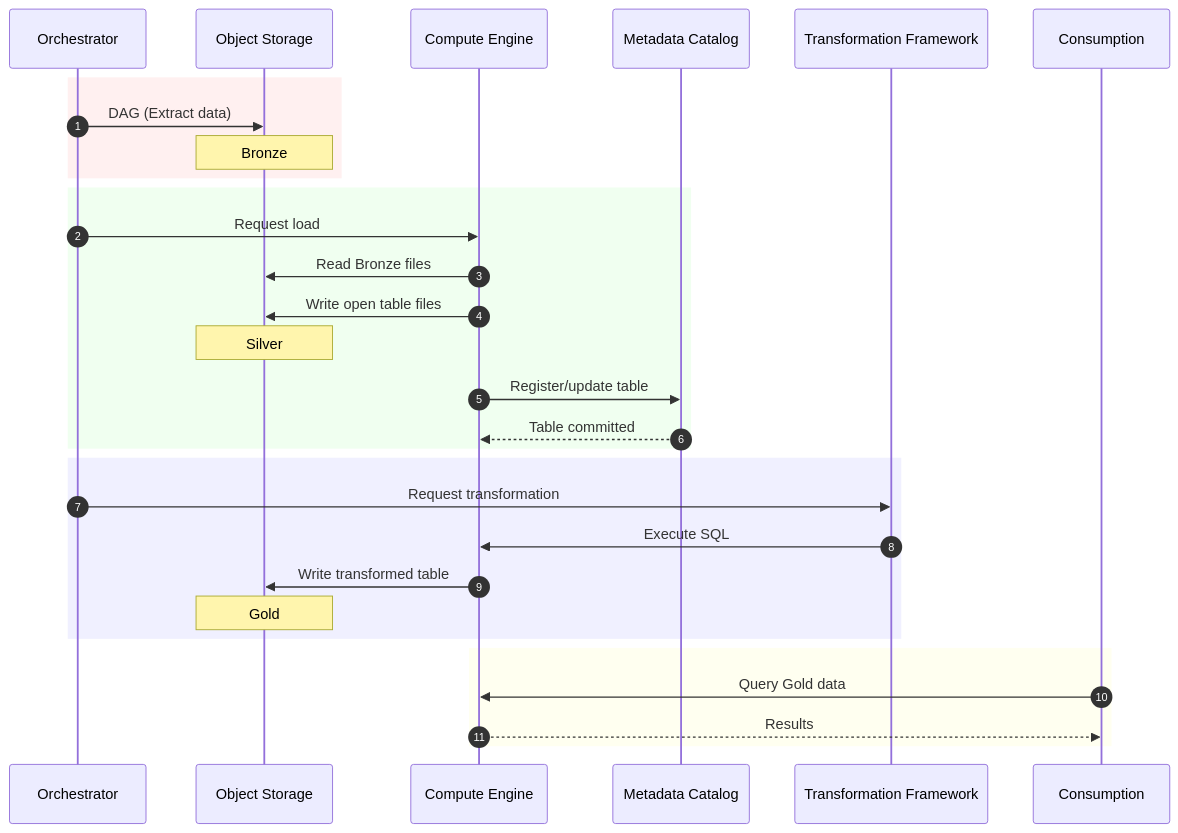
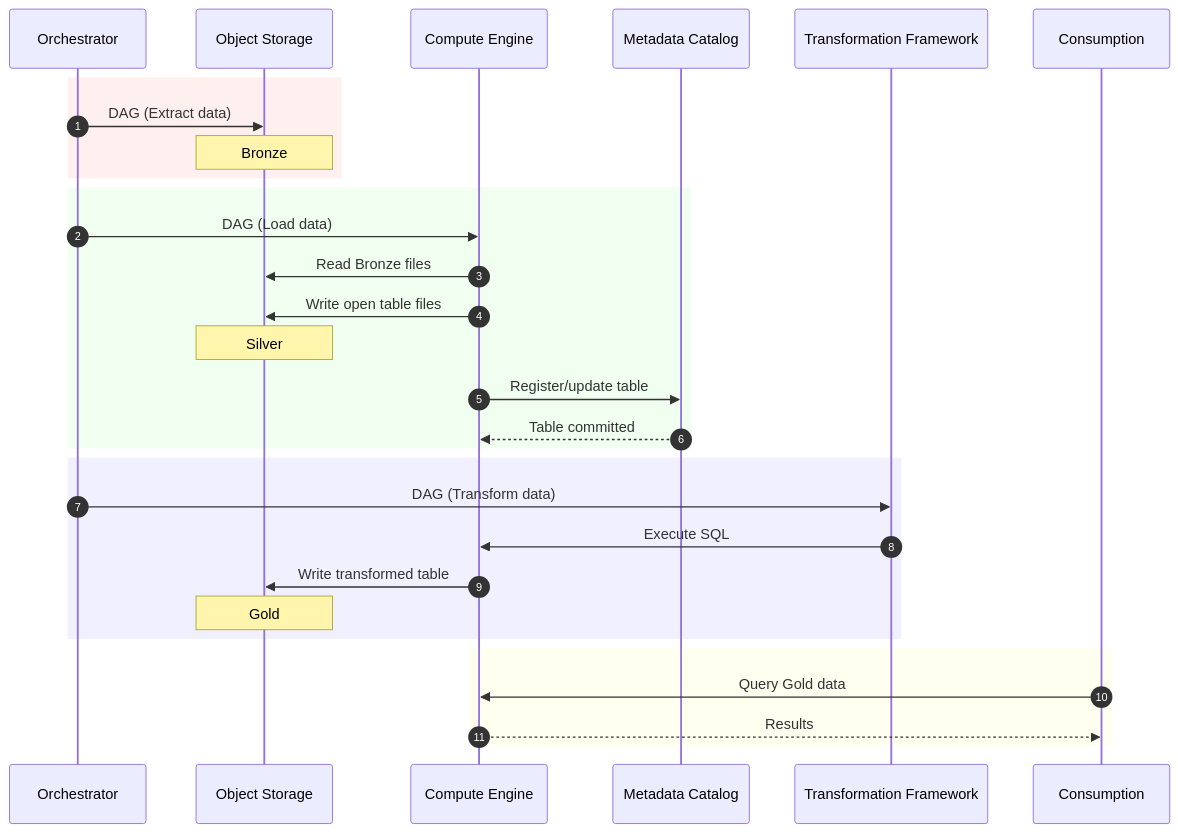
Before and after one commit to Rez99/data-engineering-portfolio: the second of 2 diagrams in project-1-lakehouse/README.md, drawn with Mermaid.

Commit message:
Update sequence diagram in README to clarify data loading and transformation steps

````diff
--- a/project-1-lakehouse/README.md
+++ b/project-1-lakehouse/README.md
@@ -40,41 +40,41 @@
 ```mermaid
 sequenceDiagram
     autonumber
 
     participant Orchestrator
     participant ObjectStorage as Object Storage
     participant ComputeEngine as Compute Engine
     participant Catalog as Metadata Catalog
     participant Transform as Transformation Framework
     participant Consumption
 
     rect rgb(255, 240, 240)
         Orchestrator->>ObjectStorage: DAG (Extract data)
         Note over ObjectStorage: Bronze
     end
 
     rect rgb(240, 255, 240)
-        Orchestrator->>ComputeEngine: Request load
+        Orchestrator->>ComputeEngine: DAG (Load data)
         ComputeEngine->>ObjectStorage: Read Bronze files
         ComputeEngine->>ObjectStorage: Write open table files
         Note over ObjectStorage: Silver
         ComputeEngine->>Catalog: Register/update table
         Catalog-->>ComputeEngine: Table committed
     end
 
     rect rgb(240, 240, 255)
-        Orchestrator->>Transform: Request transformation
+        Orchestrator->>Transform: DAG (Transform data)
         Transform->>ComputeEngine: Execute SQL
         ComputeEngine->>ObjectStorage: Write transformed table
         Note over ObjectStorage: Gold
     end
 
     rect rgb(255, 255, 240)
        Consumption->>ComputeEngine: Query Gold data
        ComputeEngine-->>Consumption: Results
     end
 
     
 
     
 ```
````
